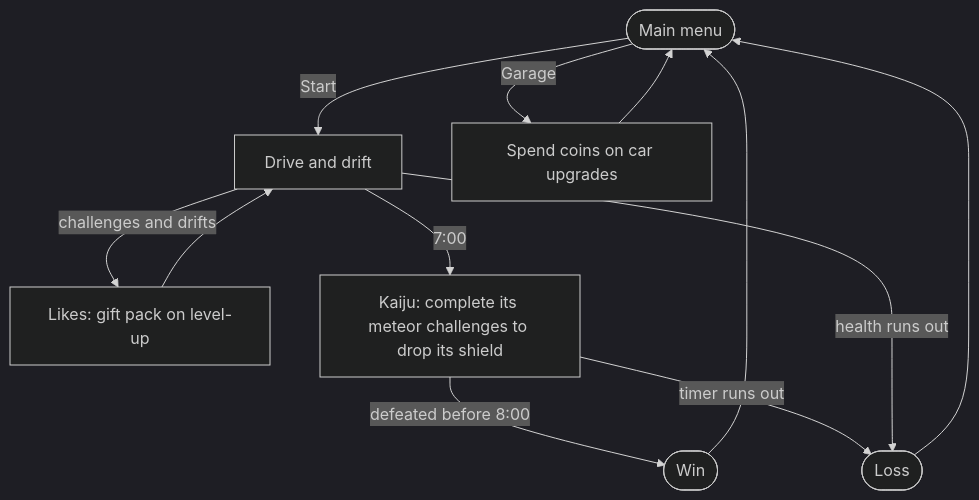
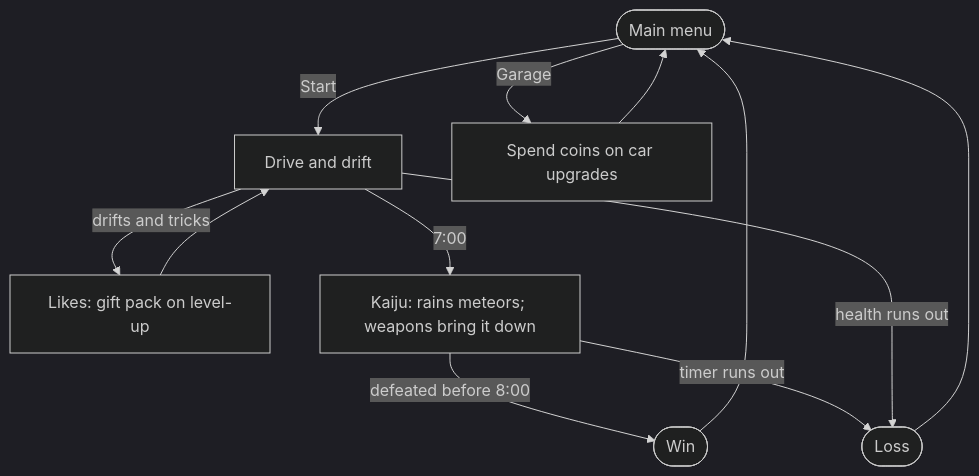
The second of 2 diagrams in docs/short-gdd/short-gdd.md (akyrat/solid-carbide-game), drawn with Mermaid (dark theme) before and after one commit. The commit also changed other lines of this file and 25 other files, not shown here.

First line of the commit message:
Challenges left out of the MVP; the kaiju is always vulnerable

````diff
--- a/docs/short-gdd/short-gdd.md
+++ b/docs/short-gdd/short-gdd.md
@@ -47,12 +47,12 @@
 ```mermaid
 flowchart TD
     menu([Main menu]) -->|Start| drive[Drive and drift]
-    drive -->|challenges and drifts| likes[Likes: gift pack on level-up] --> drive
-    drive -->|7:00| kaiju[Kaiju: complete its meteor challenges to drop its shield]
+    drive -->|drifts and tricks| likes[Likes: gift pack on level-up] --> drive
+    drive -->|7:00| kaiju[Kaiju: rains meteors; weapons bring it down]
     kaiju -->|defeated before 8:00| win([Win])
     kaiju -->|timer runs out| lose([Loss])
     drive -->|health runs out| lose
     win --> menu
     lose --> menu
     menu -->|Garage| garage[Spend coins on car upgrades] --> menu
 ```
````
